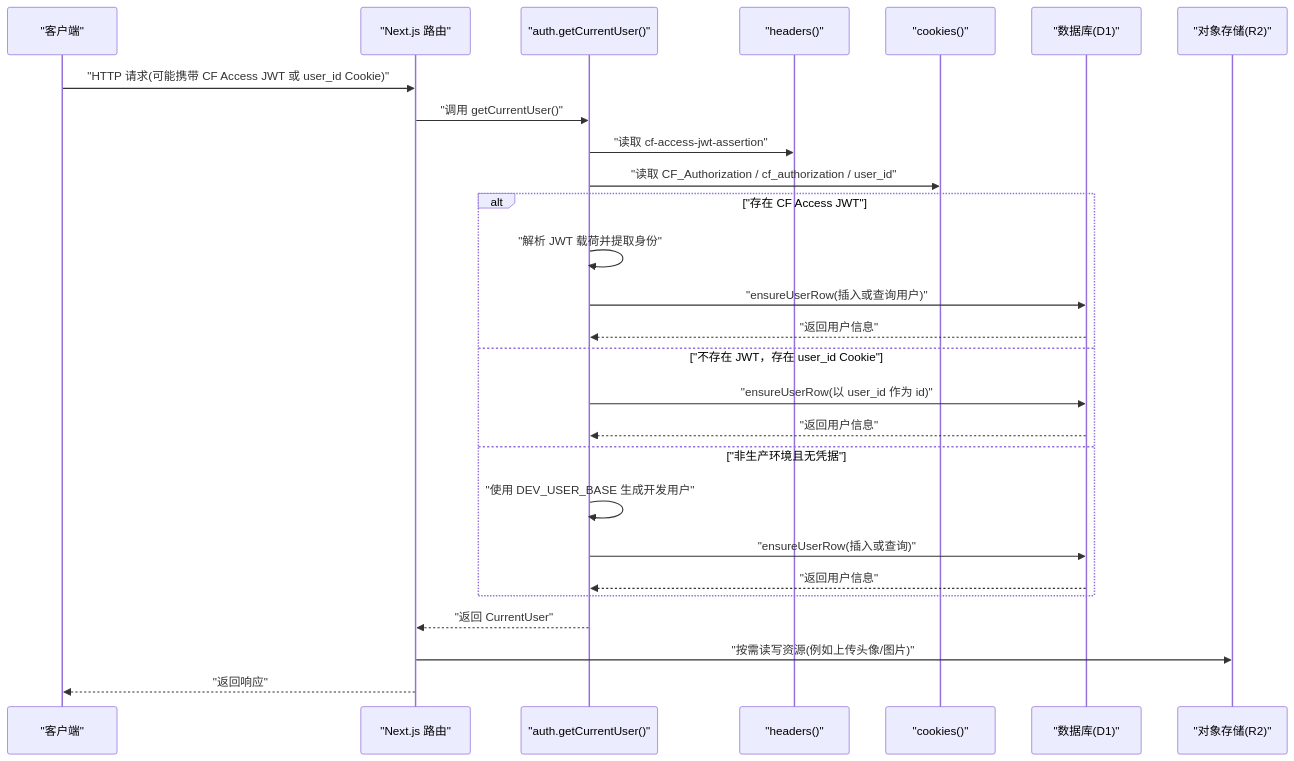
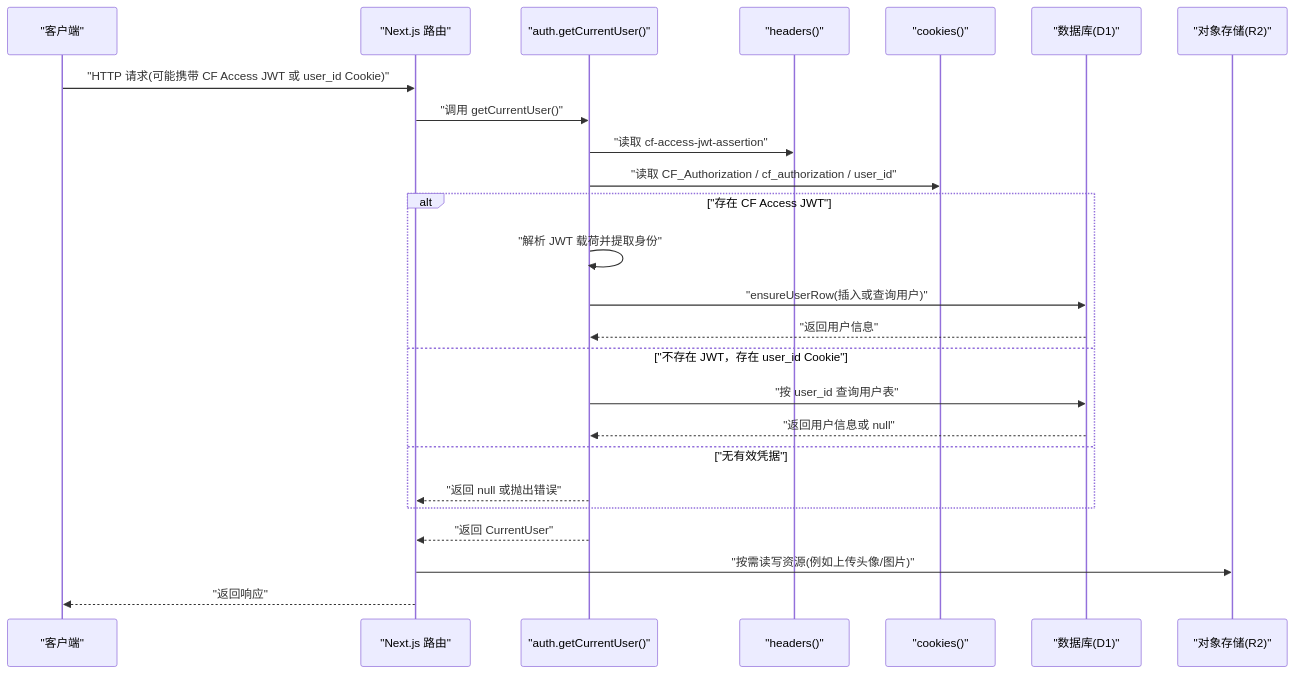
Before and after one commit to pnnh/weable: the second of 5 diagrams in .qoder/repowiki/zh/content/架构设计/认证架构设计/会话处理机制.md, drawn with Mermaid. The commit also changed other lines of this file and 161 other files, not shown here.

````diff
--- a/.qoder/repowiki/zh/content/架构设计/认证架构设计/会话处理机制.md
+++ b/.qoder/repowiki/zh/content/架构设计/认证架构设计/会话处理机制.md
@@ -80,29 +102,27 @@
 ```mermaid
 sequenceDiagram
 participant C as "客户端"
 participant N as "Next.js 路由"
 participant A as "auth.getCurrentUser()"
 participant H as "headers()"
 participant K as "cookies()"
 participant D as "数据库(D1)"
 participant S as "对象存储(R2)"
 C->>N : "HTTP 请求(可能携带 CF Access JWT 或 user_id Cookie)"
 N->>A : "调用 getCurrentUser()"
 A->>H : "读取 cf-access-jwt-assertion"
 A->>K : "读取 CF_Authorization / cf_authorization / user_id"
 alt "存在 CF Access JWT"
 A->>A : "解析 JWT 载荷并提取身份"
 A->>D : "ensureUserRow(插入或查询用户)"
 D-->>A : "返回用户信息"
 else "不存在 JWT，存在 user_id Cookie"
-A->>D : "ensureUserRow(以 user_id 作为 id)"
-D-->>A : "返回用户信息"
-else "非生产环境且无凭据"
-A->>A : "使用 DEV_USER_BASE 生成开发用户"
-A->>D : "ensureUserRow(插入或查询)"
-D-->>A : "返回用户信息"
+A->>D : "按 user_id 查询用户表"
+D-->>A : "返回用户信息或 null"
+else "无有效凭据"
+A-->>N : "返回 null 或抛出错误"
 end
 A-->>N : "返回 CurrentUser"
 N->>S : "按需读写资源(例如上传头像/图片)"
 N-->>C : "返回响应"
 ```
````
